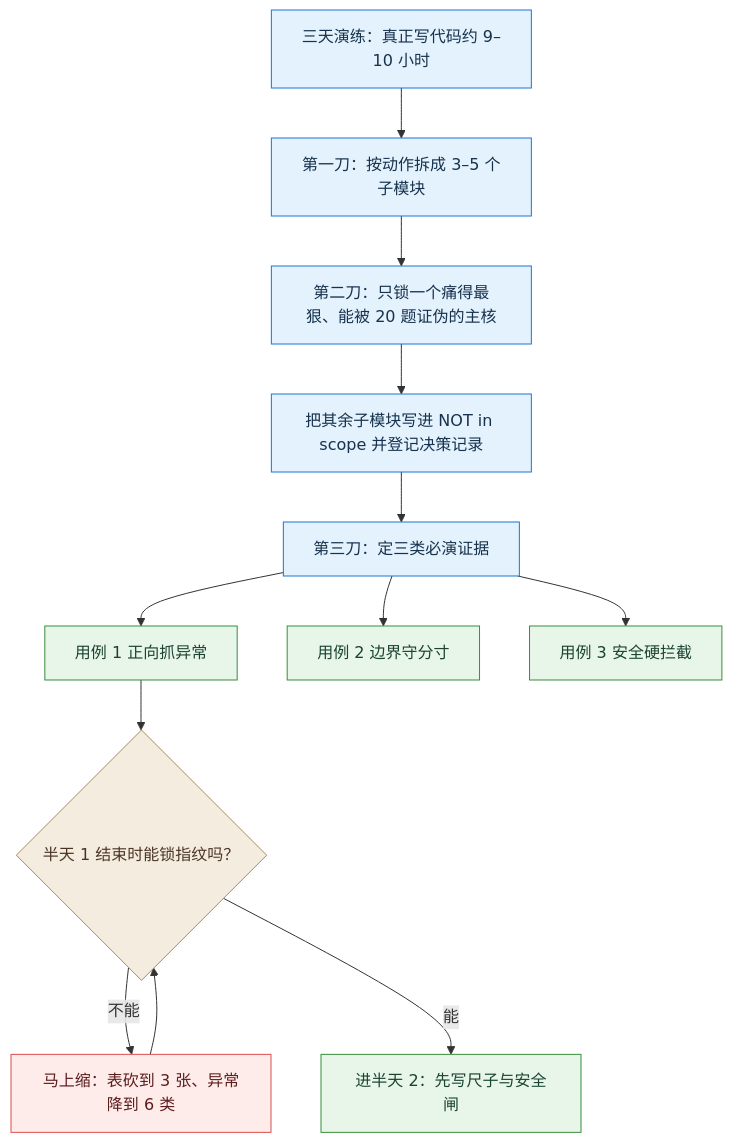
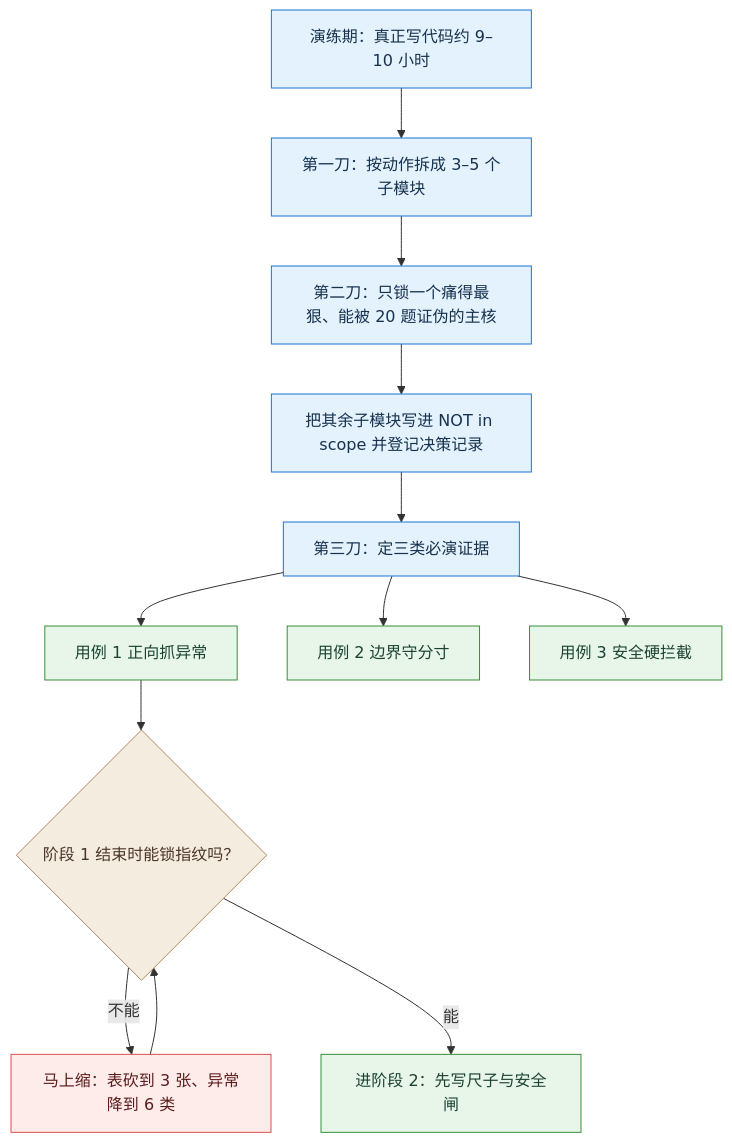
The second of 2 diagrams in content/03.md (cloudzun/mingzhou), drawn with Mermaid before and after one commit. The commit also changed other lines of this file and 7 other files, not shown here.

````diff
--- a/content/03.md
+++ b/content/03.md
@@ -133,23 +139,23 @@
 ```mermaid
 flowchart TD
-  T["三天演练：真正写代码约 9–10 小时"] --> K1["第一刀：按动作拆成 3–5 个子模块"]
+  T["演练期：真正写代码约 9–10 小时"] --> K1["第一刀：按动作拆成 3–5 个子模块"]
   K1 --> K2["第二刀：只锁一个痛得最狠、能被 20 题证伪的主核"]
   K2 --> K3["把其余子模块写进 NOT in scope 并登记决策记录"]
   K3 --> K4["第三刀：定三类必演证据"]
   K4 --> E1["用例 1 正向抓异常"]
   K4 --> E2["用例 2 边界守分寸"]
   K4 --> E3["用例 3 安全硬拦截"]
-  E1 --> CK{"半天 1 结束时能锁指纹吗？"}
+  E1 --> CK{"阶段 1 结束时能锁指纹吗？"}
   CK -->|"不能"| SHRINK["马上缩：表砍到 3 张、异常降到 6 类"]
   SHRINK --> CK
-  CK -->|"能"| PASS["进半天 2：先写尺子与安全闸"]
+  CK -->|"能"| PASS["进阶段 2：先写尺子与安全闸"]
 classDef blue fill:#e3f2fd,stroke:#1976d2,color:#17324d;
 classDef green fill:#e8f5e9,stroke:#388e3c,color:#1b4332;
 classDef red fill:#fdecea,stroke:#d94f4f,color:#5c1d1d;
 classDef warm fill:#f5ece0,stroke:#a8895f,color:#4a3525;
 classDef gray fill:#eceff1,stroke:#607d8b,color:#263238;
   class T,K1,K2,K3,K4 blue;
   class CK warm;
   class SHRINK red;
   class E1,E2,E3,PASS green;
 ```
````
